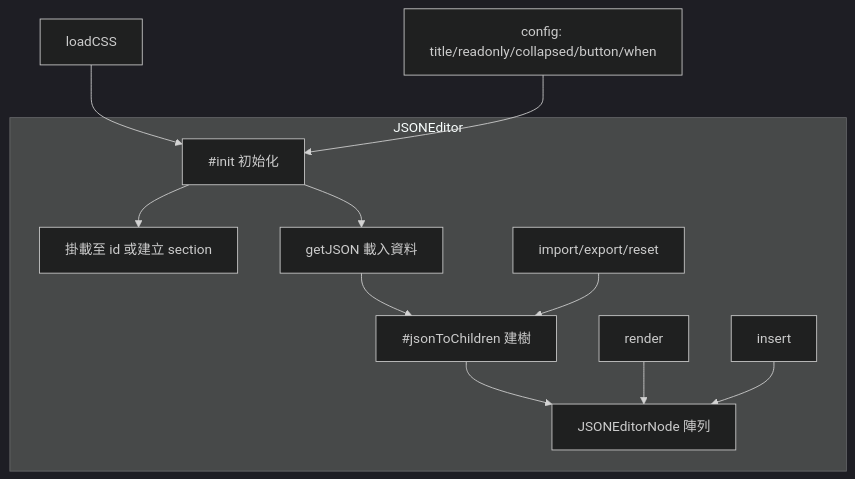
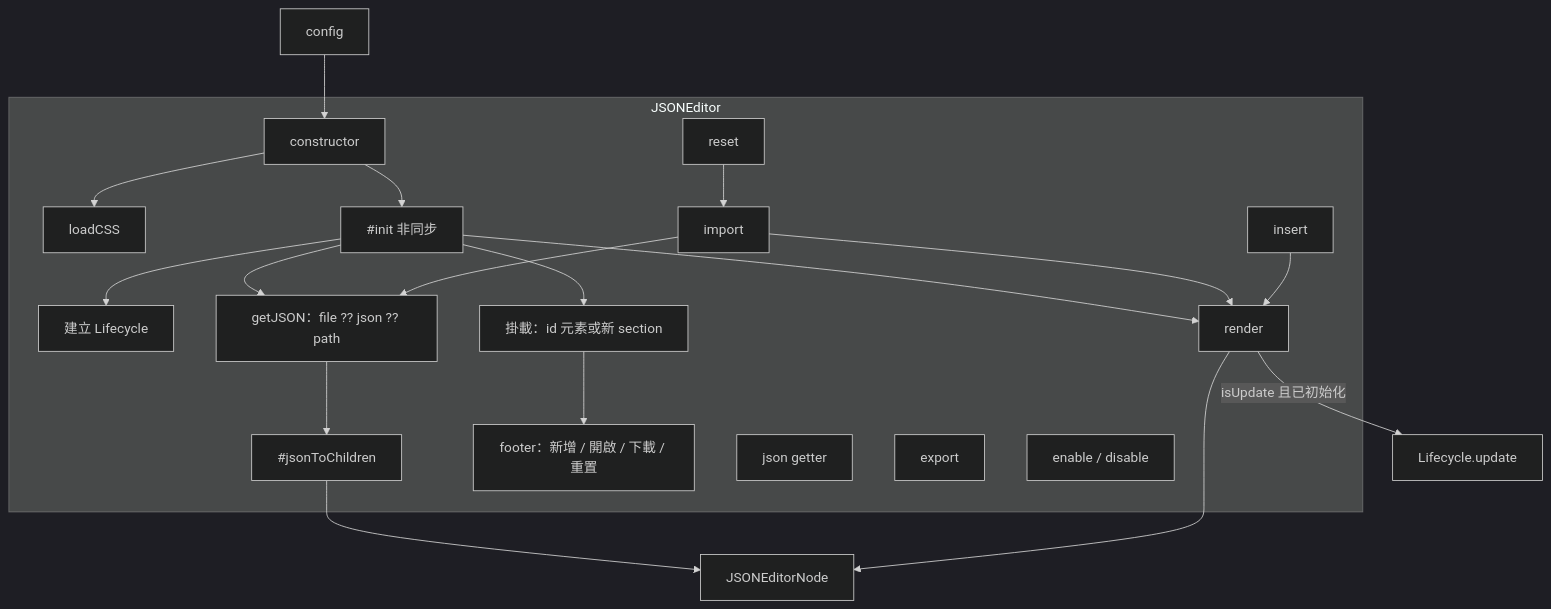
Before and after one commit to pardnchiu/NanoJSON: the second of 9 diagrams in doc/architecture.zh.md, drawn with Mermaid (dark theme). The commit also changed other lines of this file and 8 other files, not shown here.

Commit message:
doc: Regenerate bilingual README, docs, and architecture per latest skill spec

````diff
--- a/doc/architecture.zh.md
+++ b/doc/architecture.zh.md
@@ -21,14 +25,24 @@
 ```mermaid
 graph TB
     subgraph JSONEditor
-        Init[#init 初始化] --> Mount[掛載至 id 或建立 section]
-        Init --> LoadJSON[getJSON 載入資料]
-        LoadJSON --> ToChildren[#jsonToChildren 建樹]
-        ToChildren --> Nodes[JSONEditorNode 陣列]
-        Render[render] --> Nodes
-        Import[import/export/reset] --> ToChildren
-        Insert[insert] --> Nodes
+        CTOR[constructor] --> CSS[loadCSS]
+        CTOR --> INIT[#init 非同步]
+        INIT --> LC[建立 Lifecycle]
+        INIT --> LOAD[getJSON：file ?? json ?? path]
+        LOAD --> J2C[#jsonToChildren]
+        INIT --> MOUNT[掛載：id 元素或新 section]
+        MOUNT --> FOOT[footer：新增 / 開啟 / 下載 / 重置]
+        INIT --> RENDER[render]
+        IMPORT[import] --> LOAD
+        IMPORT --> RENDER
+        RESET[reset] --> IMPORT
+        INSERT[insert] --> RENDER
+        JSON[json getter]
+        EXPORT[export]
+        RO[enable / disable]
     end
-    CSS[loadCSS] --> Init
-    Config[config: title/readonly/collapsed/button/when] --> Init
+    Config[config] --> CTOR
+    J2C --> Node[JSONEditorNode]
+    RENDER --> Node
+    RENDER -->|isUpdate 且已初始化| Life[Lifecycle.update]
 ```
````
